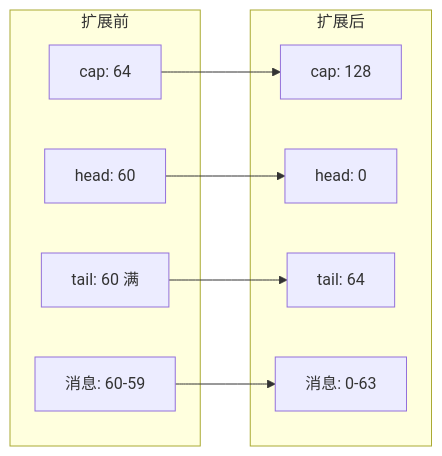
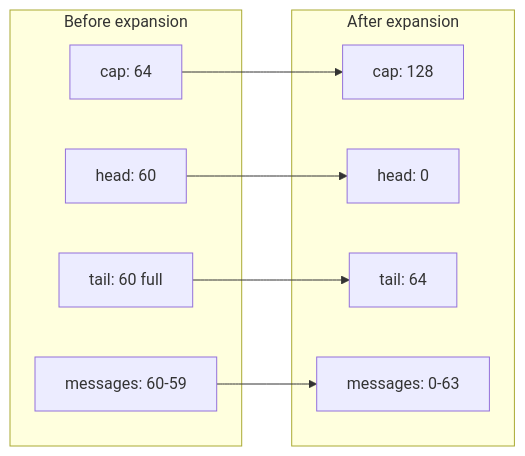
The fourth of 7 diagrams in docs/analysis/skynet-mq.md (cuihairu/skynet), drawn with Mermaid before and after one commit. The commit also changed other lines of this file and 86 other files, not shown here.

````diff
--- a/docs/analysis/skynet-mq.md
+++ b/docs/analysis/skynet-mq.md
@@ -309,21 +309,21 @@
 ```mermaid
 graph LR
-    subgraph 扩展前
+    subgraph Before expansion
         A1[cap: 64]
         A2[head: 60]
-        A3[tail: 60 满]
-        A4[消息: 60-59]
+        A3[tail: 60 full]
+        A4[messages: 60-59]
     end
 
-    subgraph 扩展后
+    subgraph After expansion
         B1[cap: 128]
         B2[head: 0]
         B3[tail: 64]
-        B4[消息: 0-63]
+        B4[messages: 0-63]
     end
 
     A1 --> B1
     A2 --> B2
     A3 --> B3
     A4 --> B4
 ```
````
